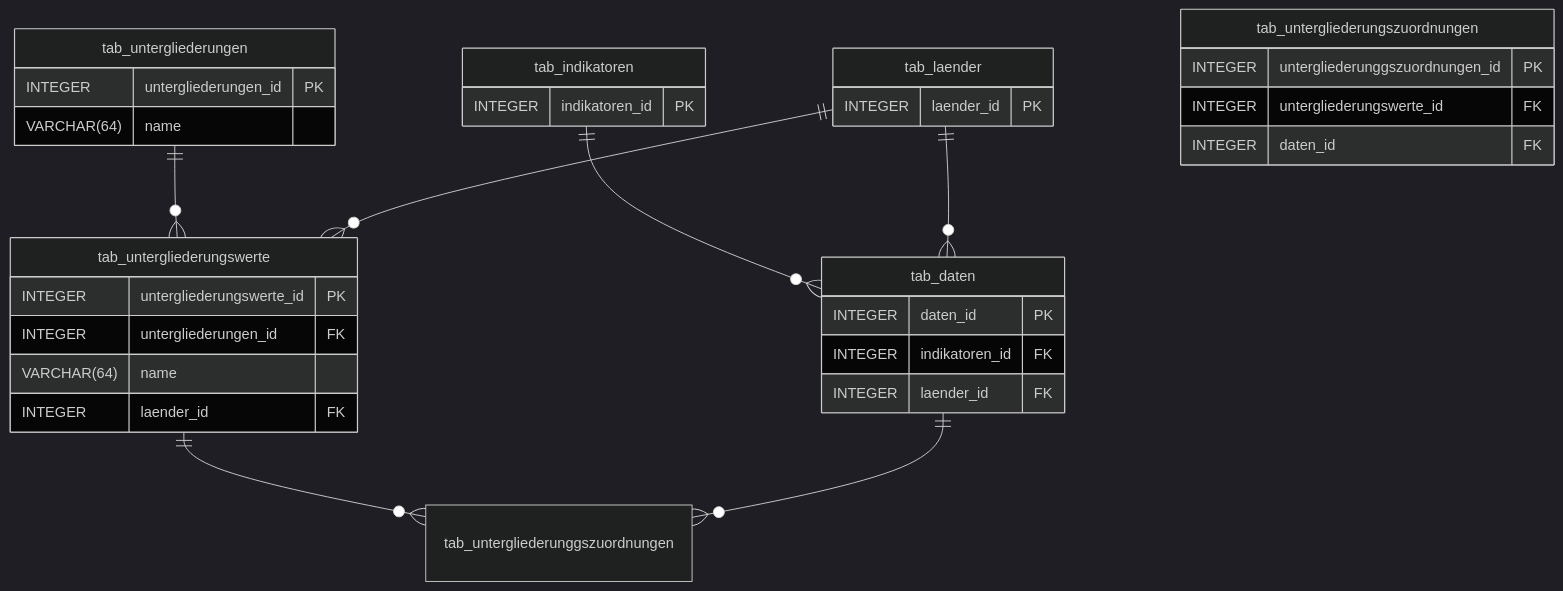
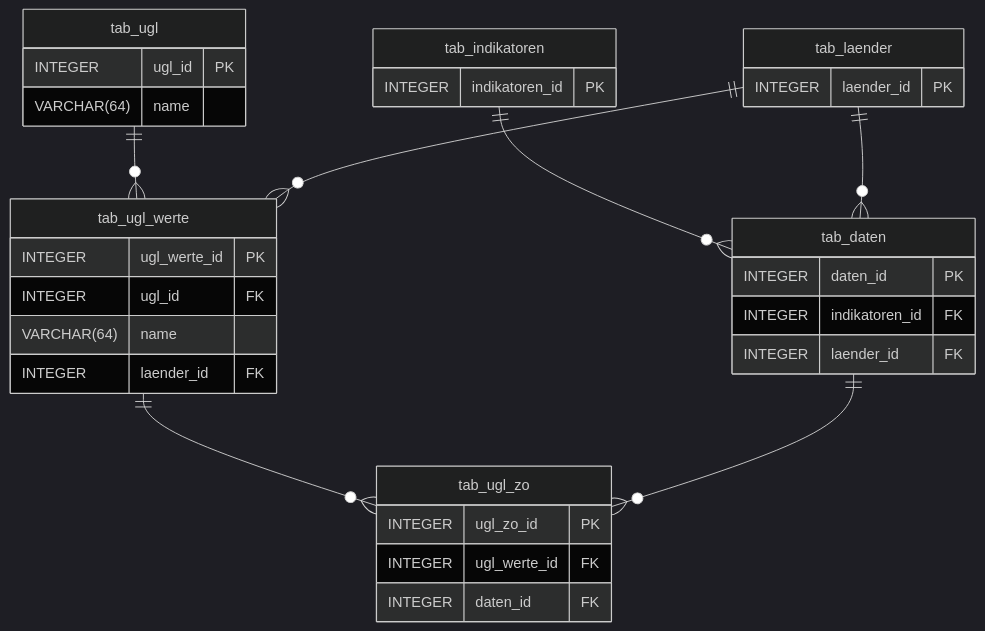
Before and after one commit to CR1337/intstat-redesign: the sixth of 7 diagrams in doc/documentation.md, drawn with Mermaid (dark theme). The commit also changed other lines of this file, not shown here.

````diff
--- a/doc/documentation.md
+++ b/doc/documentation.md
@@ -248,43 +249,43 @@
 ```mermaid
 erDiagram
     tab_indikatoren {
         INTEGER indikatoren_id PK
     }
 
     tab_daten {
         INTEGER daten_id PK
         INTEGER indikatoren_id FK
         INTEGER laender_id FK
     }
 
     tab_laender {
         INTEGER laender_id PK
     }
 
-    tab_untergliederungen {
-        INTEGER untergliederungen_id PK
+    tab_ugl {
+        INTEGER ugl_id PK
         VARCHAR(64) name
     }
 
-    tab_untergliederungswerte {
-        INTEGER untergliederungswerte_id PK
-        INTEGER untergliederungen_id FK
+    tab_ugl_werte {
+        INTEGER ugl_werte_id PK
+        INTEGER ugl_id FK
         VARCHAR(64) name
         INTEGER laender_id FK
     }
 
-    tab_untergliederungszuordnungen {
-        INTEGER untergliederunggszuordnungen_id PK
-        INTEGER untergliederungswerte_id FK
+    tab_ugl_zo {
+        INTEGER ugl_zo_id PK
+        INTEGER ugl_werte_id FK
         INTEGER daten_id FK
     }
 
     tab_indikatoren ||--o{ tab_daten : ""
     tab_laender ||--o{ tab_daten : ""
 
-    tab_untergliederungen ||--o{ tab_untergliederungswerte : ""
-    tab_laender ||--o{ tab_untergliederungswerte : ""
+    tab_ugl ||--o{ tab_ugl_werte : ""
+    tab_laender ||--o{ tab_ugl_werte : ""
 
-    tab_untergliederungswerte ||--o{ tab_untergliederunggszuordnungen: ""
-    tab_daten ||--o{ tab_untergliederunggszuordnungen: ""
+    tab_ugl_werte ||--o{ tab_ugl_zo: ""
+    tab_daten ||--o{ tab_ugl_zo: ""
 ```
````
